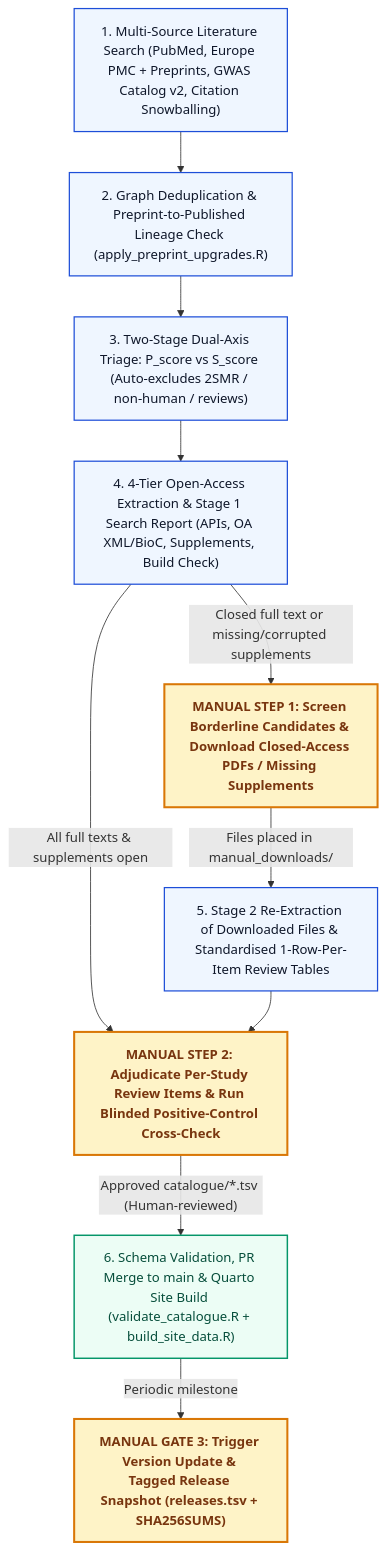
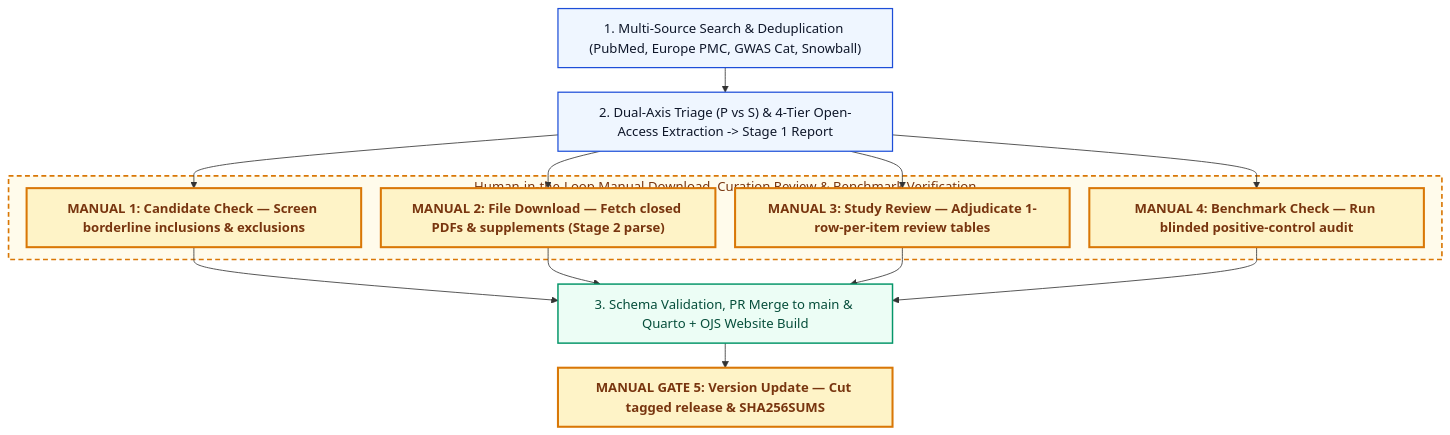
One commit to mattlee821/proteomic-gwas-catalogue changed the diagram in README.md. Above: the diagram before and after it, drawn with Mermaid. The commit also changed 4 other files, not shown here.

Commit message:
Finalize Period 1 curation decisions and widen/center pipeline flowchart

````diff
--- a/README.md
+++ b/README.md
@@ -20,29 +22,26 @@
 ```mermaid
+%%{init: {'flowchart': {'wrappingWidth': 360, 'nodeSpacing': 24, 'rankSpacing': 30, 'padding': 12, 'curve': 'basis'}}}%%
 flowchart TD
-    S1["1. Multi-Source Literature Search (PubMed, Europe PMC + Preprints, GWAS Catalog v2, Citation Snowballing)"]:::auto
-    S2["2. Graph Deduplication & Preprint-to-Published Lineage Check (apply_preprint_upgrades.R)"]:::auto
-    S3["3. Two-Stage Dual-Axis Triage: P_score vs S_score (Auto-excludes 2SMR / non-human / reviews)"]:::auto
-    S4["4. 4-Tier Open-Access Extraction & Stage 1 Search Report (APIs, OA XML/BioC, Supplements, Build Check)"]:::auto
+    S1["1. Multi-Source Search & Deduplication (PubMed, Europe PMC, GWAS Cat, Snowball)"]:::auto
+    S2["2. Dual-Axis Triage (P vs S) & 4-Tier Open-Access Extraction -> Stage 1 Report"]:::auto
 
-    M1["MANUAL STEP 1: Screen Borderline Candidates & Download Closed-Access PDFs / Missing Supplements"]:::manual
+    subgraph MANUAL["Human-in-the-Loop Manual Download, Curation Review & Benchmark Verification"]
+        M1["MANUAL 1: Candidate Check — Screen borderline inclusions & exclusions"]:::manual
+        M2["MANUAL 2: File Download — Fetch closed PDFs & supplements (Stage 2 parse)"]:::manual
+        M3["MANUAL 3: Study Review — Adjudicate 1-row-per-item review tables"]:::manual
+        M4["MANUAL 4: Benchmark Check — Run blinded positive-control audit"]:::manual
+    end
 
-    S5["5. Stage 2 Re-Extraction of Downloaded Files & Standardised 1-Row-Per-Item Review Tables"]:::auto
+    S3["3. Schema Validation, PR Merge to main & Quarto + OJS Website Build"]:::store
+    M5["MANUAL GATE 5: Version Update — Cut tagged release & SHA256SUMS"]:::manual
 
-    M2["MANUAL STEP 2: Adjudicate Per-Study Review Items & Run Blinded Positive-Control Cross-Check"]:::manual
-
-    S6["6. Schema Validation, PR Merge to main & Quarto Site Build (validate_catalogue.R + build_site_data.R)"]:::store
-
-    M3["MANUAL GATE 3: Trigger Version Update & Tagged Release Snapshot (releases.tsv + SHA256SUMS)"]:::manual
-
-    S1 --> S2 --> S3 --> S4
-    S4 -->|"Closed full text or missing/corrupted supplements"| M1
-    M1 -->|"Files placed in manual_downloads/"| S5
-    S4 -->|"All full texts & supplements open"| M2
-    S5 --> M2
-    M2 -->|"Approved catalogue/*.tsv (Human-reviewed)"| S6
-    S6 -->|"Periodic milestone"| M3
+    S1 --> S2
+    S2 --> M1 & M2 & M3 & M4
+    M1 & M2 & M3 & M4 --> S3
+    S3 --> M5
 
     classDef auto fill:#eff6ff,stroke:#1d4ed8,stroke-width:1.5px,color:#0f172a
     classDef manual fill:#fef3c7,stroke:#d97706,stroke-width:2.5px,color:#78350f,font-weight:bold
     classDef store fill:#ecfdf5,stroke:#059669,stroke-width:1.8px,color:#064e3b
+    style MANUAL fill:#fffbeb,stroke:#d97706,stroke-width:2px,stroke-dasharray: 6 4,color:#78350f
 ```
````
